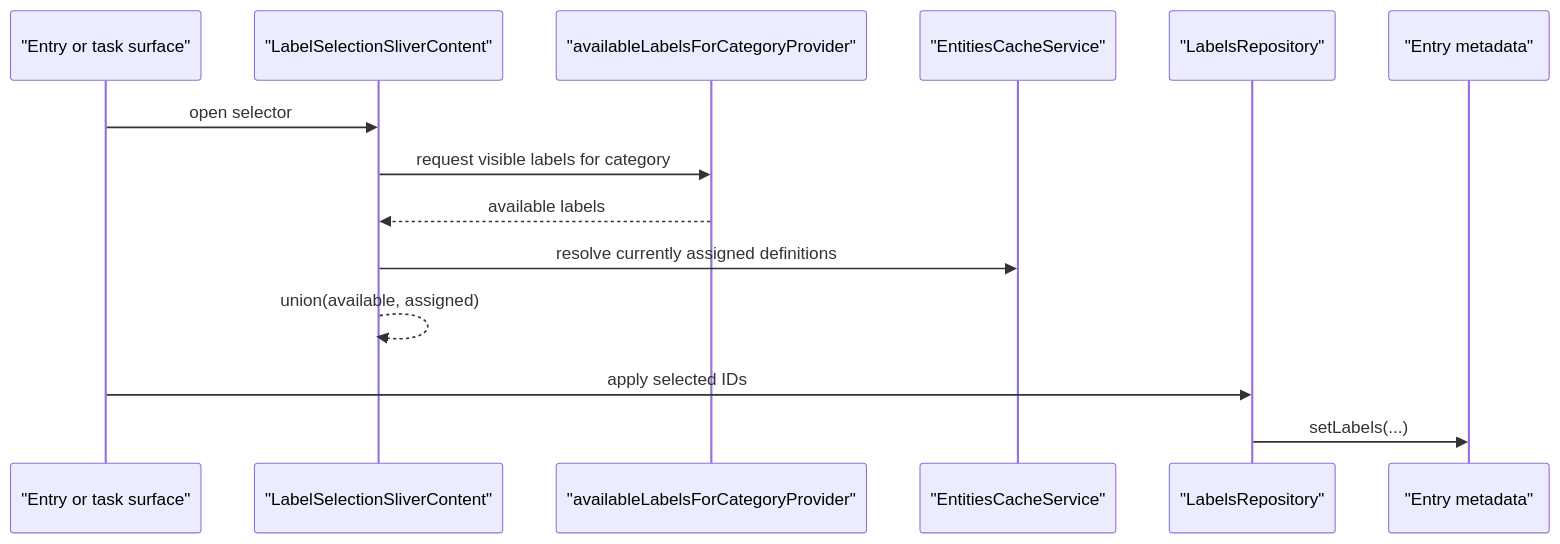
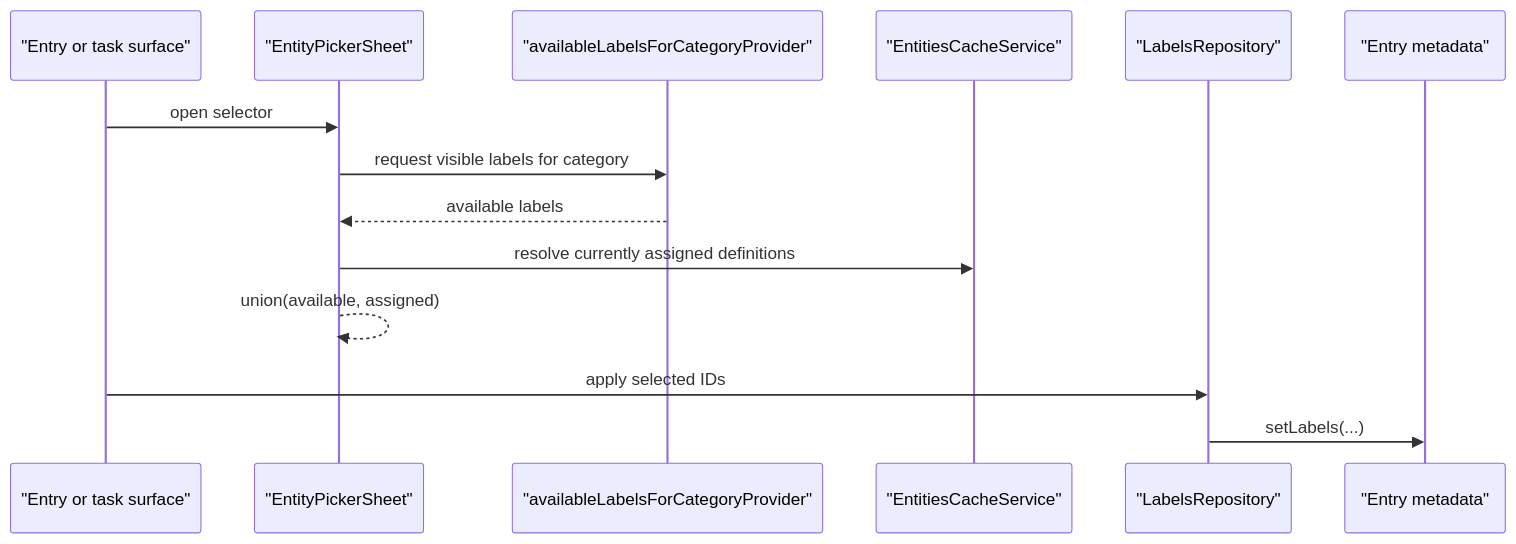
Before and after one commit to matthiasn/lotti: the second of 3 diagrams in lib/features/labels/README.md, drawn with Mermaid. The commit also changed other lines of this file and 7 other files, not shown here.

First line of the commit message:
refactor: migrate the task label picker onto the generic EntityPickerSheet

````diff
--- a/lib/features/labels/README.md
+++ b/lib/features/labels/README.md
@@ -272,17 +272,17 @@
 ```mermaid
 sequenceDiagram
   participant UI as "Entry or task surface"
-  participant Modal as "LabelSelectionSliverContent"
+  participant Modal as "EntityPickerSheet"
   participant Scope as "availableLabelsForCategoryProvider"
   participant Cache as "EntitiesCacheService"
   participant Repo as "LabelsRepository"
   participant Entry as "Entry metadata"
 
   UI->>Modal: open selector
   Modal->>Scope: request visible labels for category
   Scope-->>Modal: available labels
   Modal->>Cache: resolve currently assigned definitions
   Modal-->>Modal: union(available, assigned)
   UI->>Repo: apply selected IDs
   Repo->>Entry: setLabels(...)
 ```
````
